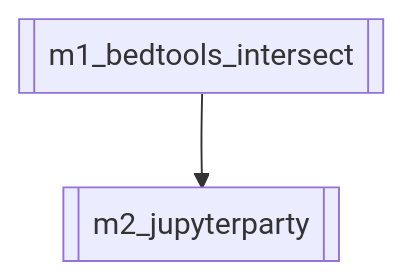
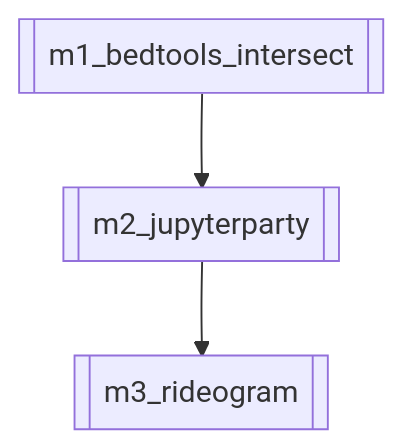
One commit to cralbers/transposon-annotations-mapping changed the first of 2 diagrams in docs/transposon_mapping_workflow/m0_overall_mapping_workflow.md. Above: the diagram before and after it, drawn with Mermaid. The commit also changed other lines of this file and 13 other files, not shown here.

````diff
--- a/docs/transposon_mapping_workflow/m0_overall_mapping_workflow.md
+++ b/docs/transposon_mapping_workflow/m0_overall_mapping_workflow.md
@@ -23,6 +23,7 @@
 ```mermaid
 graph TD
 	A[[m1_bedtools_intersect]] --> B[[m2_jupyterparty]]
+	B --> C[[m3_rideogram]]
 
 class A,B,C,D,E,F,G,H,I,J,K,L,M,N,O,P,Q,R,S,T,U,V,W,X,Y,Z internal-link; 
 ```
````
